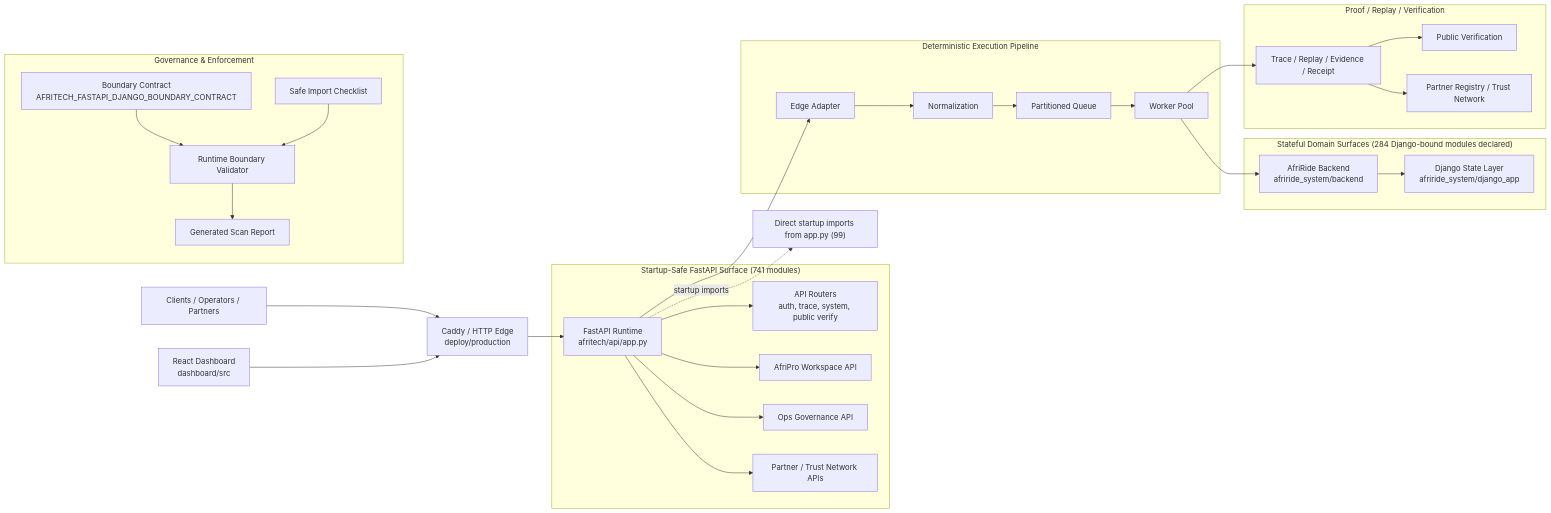
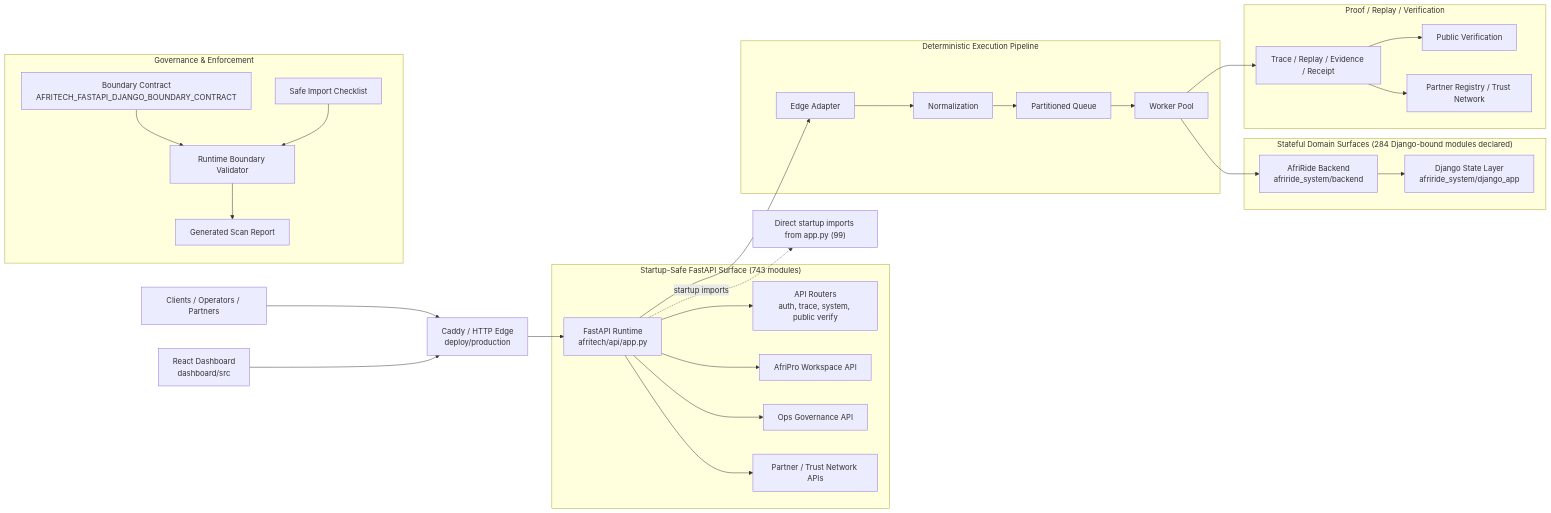
One commit to Strelly2023/afritelematics changed the first of 2 diagrams in docs/architecture/AFRITECH_FULL_ARCHITECTURE_GRAPH.md. Above: the diagram before and after it, drawn with Mermaid. The commit also changed other lines of this file and 31 other files, not shown here.

````diff
--- a/docs/architecture/AFRITECH_FULL_ARCHITECTURE_GRAPH.md
+++ b/docs/architecture/AFRITECH_FULL_ARCHITECTURE_GRAPH.md
@@ -22,39 +22,39 @@
 ```mermaid
 flowchart LR
     Client["Clients / Operators / Partners"] --> Edge["Caddy / HTTP Edge\ndeploy/production"]
     Dashboard["React Dashboard\ndashboard/src"] --> Edge
     Edge --> App["FastAPI Runtime\nafritech/api/app.py"]
 
-    subgraph FastAPI["Startup-Safe FastAPI Surface (741 modules)"]
+    subgraph FastAPI["Startup-Safe FastAPI Surface (743 modules)"]
         App --> Api["API Routers\nauth, trace, system, public verify"]
         App --> Workspace["AfriPro Workspace API"]
         App --> Governance["Ops Governance API"]
         App --> Trust["Partner / Trust Network APIs"]
     end
 
     subgraph Pipeline["Deterministic Execution Pipeline"]
         App --> Adapt["Edge Adapter"]
         Adapt --> Normalize["Normalization"]
         Normalize --> Queue["Partitioned Queue"]
         Queue --> Worker["Worker Pool"]
     end
 
     subgraph State["Stateful Domain Surfaces (284 Django-bound modules declared)"]
         Worker --> Domain["AfriRide Backend\nafriride_system/backend"]
         Domain --> Django["Django State Layer\nafriride_system/django_app"]
     end
 
     subgraph Proof["Proof / Replay / Verification"]
         Worker --> Trace["Trace / Replay / Evidence / Receipt"]
         Trace --> Public["Public Verification"]
         Trace --> Registry["Partner Registry / Trust Network"]
     end
 
     subgraph GovernancePlane["Governance & Enforcement"]
         Contract["Boundary Contract\nAFRITECH_FASTAPI_DJANGO_BOUNDARY_CONTRACT"] --> Validator["Runtime Boundary Validator"]
         Checklist["Safe Import Checklist"] --> Validator
         Validator --> Review["Generated Scan Report"]
     end
 
     App -. startup imports .-> Imports["Direct startup imports from app.py (99)"]
 ```
````
